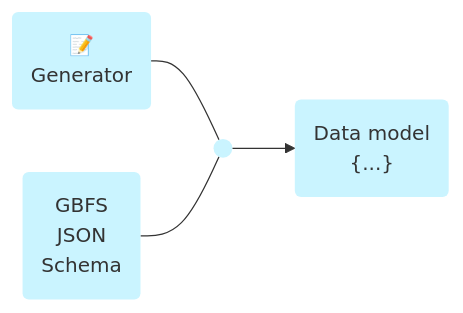
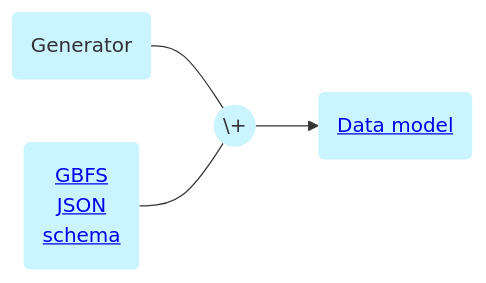
The fourth of 4 diagrams in docs/en/get-started.md (MobilityData/gbfs.org), drawn with Mermaid before and after one commit. The commit also changed other lines of this file, not shown here.

Commit message:
Add links to generator diagram + GBFS structure diagram edit

````diff
--- a/docs/en/get-started.md
+++ b/docs/en/get-started.md
@@ -229,17 +229,15 @@
 ``` mermaid
 graph LR
   classDef blue fill:#CAF4FF,stroke-width:0px;
   
-  A("📝
-  Generator");
-  D("Data model
-  {...}");
-  B("GBFS
-  JSON
-  Schema");
+  A(Generator);
+  D(<a href="../tools/#language-bindings-for-gbfs">Data model</a>);
+  B(<a href="https://github.com/MobilityData/gbfs-json-schema">GBFS 
+  JSON 
+  schema</a>);
   A --- C;
   B --- C;
-  C((" ")) --> D;
+  C((\+)) --> D;
 
   class A,B,C,D blue
 ```
````
